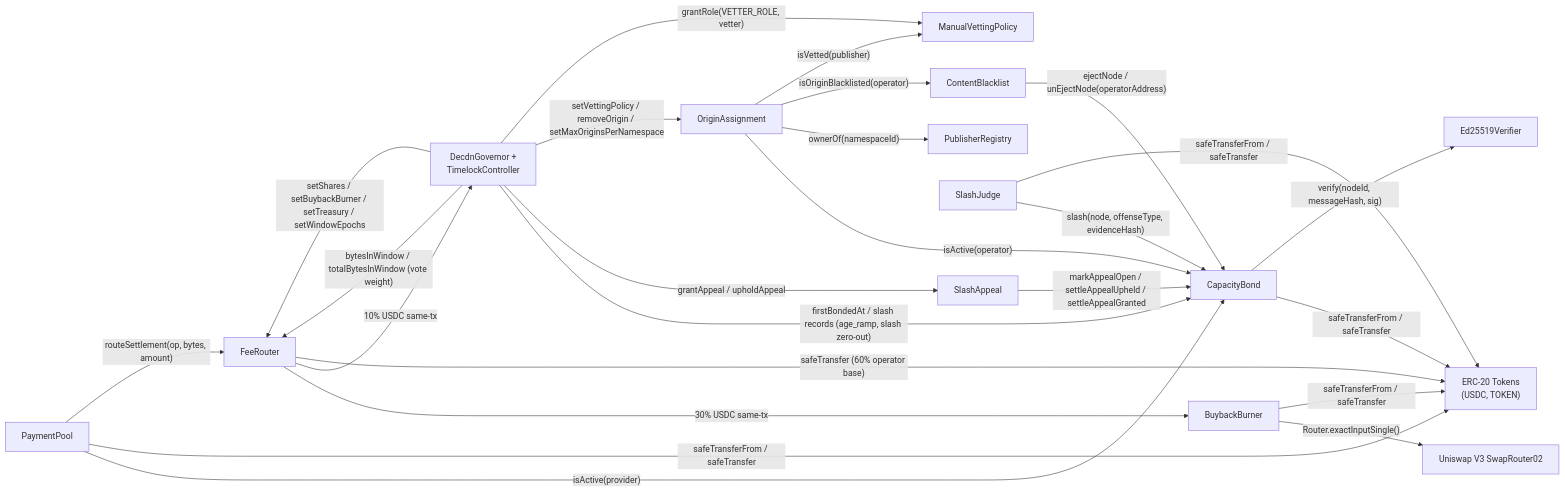
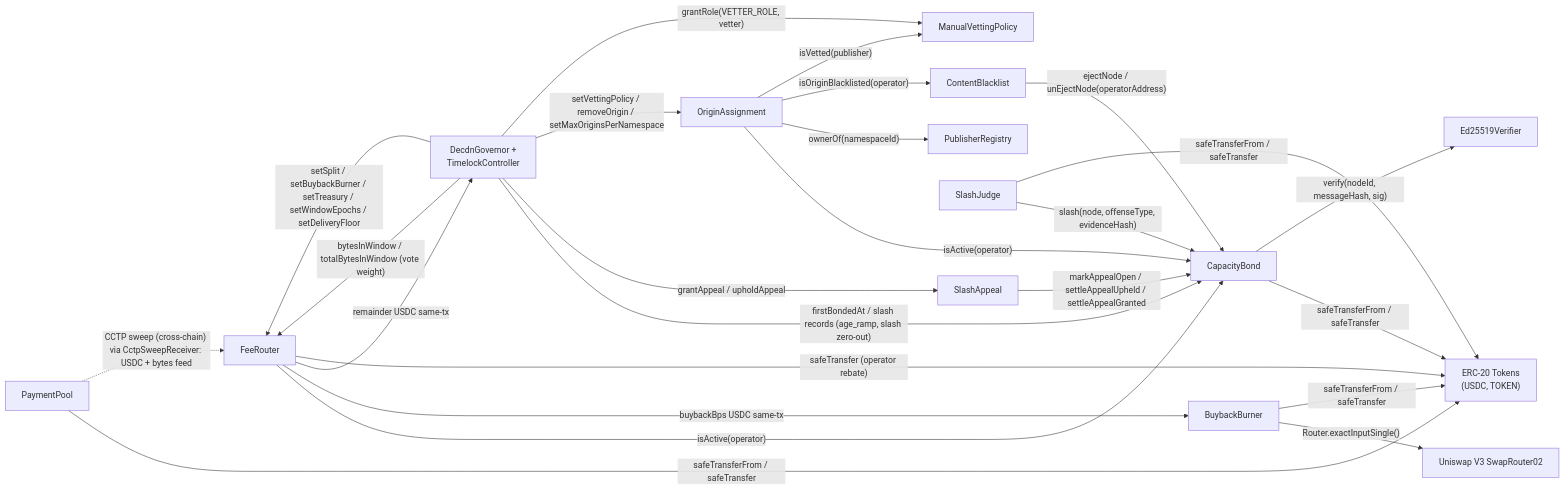
One commit to decdn/decdn changed the third of 5 diagrams in adr/016-contract-interactions.md. Above: the diagram before and after it, drawn with Mermaid. The commit also changed other lines of this file and 354 other files, not shown here.

First line of the commit message:
feat!: split governance chain from payment chains (#2899)

````diff
--- a/adr/016-contract-interactions.md
+++ b/adr/016-contract-interactions.md
@@ -423,42 +494,42 @@
 ```mermaid
 graph LR
     SPC["PaymentPool"]
     CBOND["CapacityBond"]
     CB["ContentBlacklist"]
     PR["PublisherRegistry"]
     OA["OriginAssignment"]
     MVP["ManualVettingPolicy"]
     SJ["SlashJudge"]
     BB["BuybackBurner"]
     FR["FeeRouter"]
     SA["SlashAppeal"]
     GOV["DecdnGovernor +<br/>TimelockController"]
     ERC["ERC-20 Tokens<br/>(USDC, TOKEN)"]
     UNI["Uniswap V3 SwapRouter02"]
     ED["Ed25519Verifier"]
 
-    SPC -->|"isActive(provider)"| CBOND
     SPC -->|"safeTransferFrom / safeTransfer"| ERC
-    SPC -->|"routeSettlement(op, bytes, amount)"| FR
-    FR -->|"30% USDC same-tx"| BB
-    FR -->|"10% USDC same-tx"| GOV
-    FR -->|"safeTransfer (60% operator base)"| ERC
+    SPC -.->|"CCTP sweep (cross-chain) via CctpSweepReceiver: USDC + bytes feed"| FR
+    FR -->|"isActive(operator)"| CBOND
+    FR -->|"buybackBps USDC same-tx"| BB
+    FR -->|"remainder USDC same-tx"| GOV
+    FR -->|"safeTransfer (operator rebate)"| ERC
     GOV -->|"bytesInWindow / totalBytesInWindow (vote weight)"| FR
     GOV -->|"firstBondedAt / slash records (age_ramp, slash zero-out)"| CBOND
     GOV -->|"grantAppeal / upholdAppeal"| SA
-    GOV -->|"setShares / setBuybackBurner / setTreasury / setWindowEpochs"| FR
+    GOV -->|"setSplit / setBuybackBurner / setTreasury / setWindowEpochs / setDeliveryFloor"| FR
     CB -->|"ejectNode / unEjectNode(operatorAddress)"| CBOND
     OA -->|"isActive(operator)"| CBOND
     OA -->|"ownerOf(namespaceId)"| PR
     OA -->|"isOriginBlacklisted(operator)"| CB
     OA -->|"isVetted(publisher)"| MVP
     GOV -->|"setVettingPolicy / removeOrigin / setMaxOriginsPerNamespace"| OA
     GOV -->|"grantRole(VETTER_ROLE, vetter)"| MVP
     SJ -->|"slash(node, offenseType, evidenceHash)"| CBOND
     SJ -->|"safeTransferFrom / safeTransfer"| ERC
     CBOND -->|"safeTransferFrom / safeTransfer"| ERC
     CBOND -->|"verify(nodeId, messageHash, sig)"| ED
     SA -->|"markAppealOpen / settleAppealUpheld / settleAppealGranted"| CBOND
     BB -->|"Router.exactInputSingle()"| UNI
     BB -->|"safeTransferFrom / safeTransfer"| ERC
 ```
````
